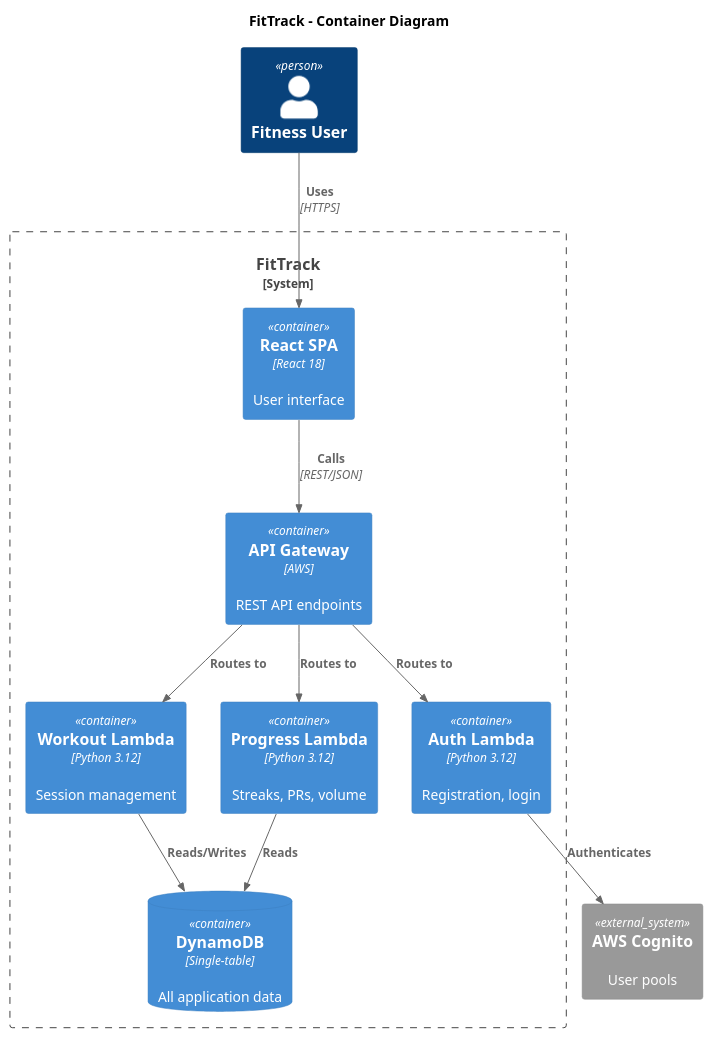
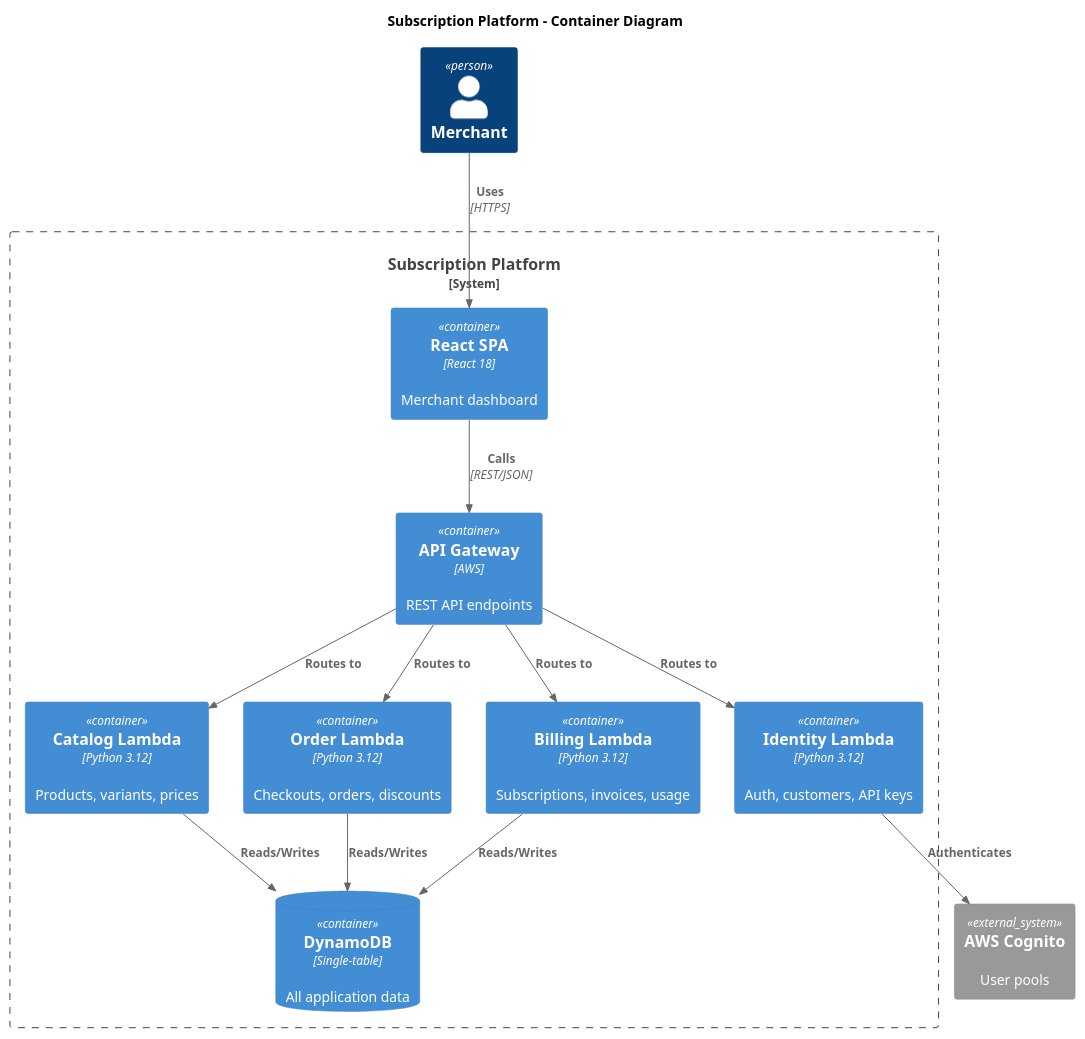
One commit to LabSoft-AI/SDP-Powered-by-AI-Agents-2026-04-06 changed the second of 2 diagrams in modules/module-2-architecture/README.md. Above: the diagram before and after it, drawn with PlantUML. The commit also changed other lines of this file and 4 other files, not shown here.

First line of the commit message:
#6 feat(course): replace FitTrack with Subscription Platform for Module 6

````diff
--- a/modules/module-2-architecture/README.md
+++ b/modules/module-2-architecture/README.md
@@ -293,29 +293,32 @@
 ```plantuml
 @startuml c4-container
 !include https://raw.githubusercontent.com/plantuml-stdlib/C4-PlantUML/master/C4_Container.puml
 
-title FitTrack - Container Diagram
+title Subscription Platform - Container Diagram
 
-Person(user, "Fitness User")
+Person(user, "Merchant")
 
-System_Boundary(fittrack, "FitTrack") {
-    Container(spa, "React SPA", "React 18", "User interface")
+System_Boundary(subplatform, "Subscription Platform") {
+    Container(spa, "React SPA", "React 18", "Merchant dashboard")
     Container(api, "API Gateway", "AWS", "REST API endpoints")
-    Container(auth_fn, "Auth Lambda", "Python 3.12", "Registration, login")
-    Container(workout_fn, "Workout Lambda", "Python 3.12", "Session management")
-    Container(progress_fn, "Progress Lambda", "Python 3.12", "Streaks, PRs, volume")
+    Container(catalog_fn, "Catalog Lambda", "Python 3.12", "Products, variants, prices")
+    Container(identity_fn, "Identity Lambda", "Python 3.12", "Auth, customers, API keys")
+    Container(order_fn, "Order Lambda", "Python 3.12", "Checkouts, orders, discounts")
+    Container(billing_fn, "Billing Lambda", "Python 3.12", "Subscriptions, invoices, usage")
     ContainerDb(db, "DynamoDB", "Single-table", "All application data")
 }
 
 System_Ext(cognito, "AWS Cognito", "User pools")
 
 Rel(user, spa, "Uses", "HTTPS")
 Rel(spa, api, "Calls", "REST/JSON")
-Rel(api, auth_fn, "Routes to")
-Rel(api, workout_fn, "Routes to")
-Rel(api, progress_fn, "Routes to")
-Rel(auth_fn, cognito, "Authenticates")
-Rel(workout_fn, db, "Reads/Writes")
-Rel(progress_fn, db, "Reads")
+Rel(api, catalog_fn, "Routes to")
+Rel(api, identity_fn, "Routes to")
+Rel(api, order_fn, "Routes to")
+Rel(api, billing_fn, "Routes to")
+Rel(identity_fn, cognito, "Authenticates")
+Rel(catalog_fn, db, "Reads/Writes")
+Rel(order_fn, db, "Reads/Writes")
+Rel(billing_fn, db, "Reads/Writes")
 @enduml
 ```
````
